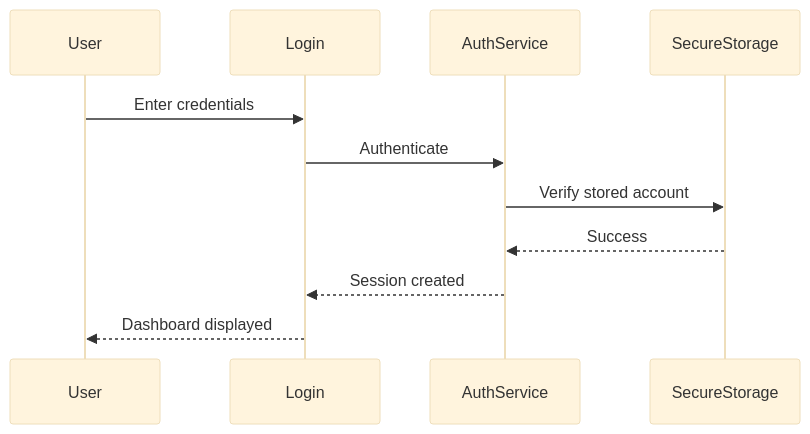
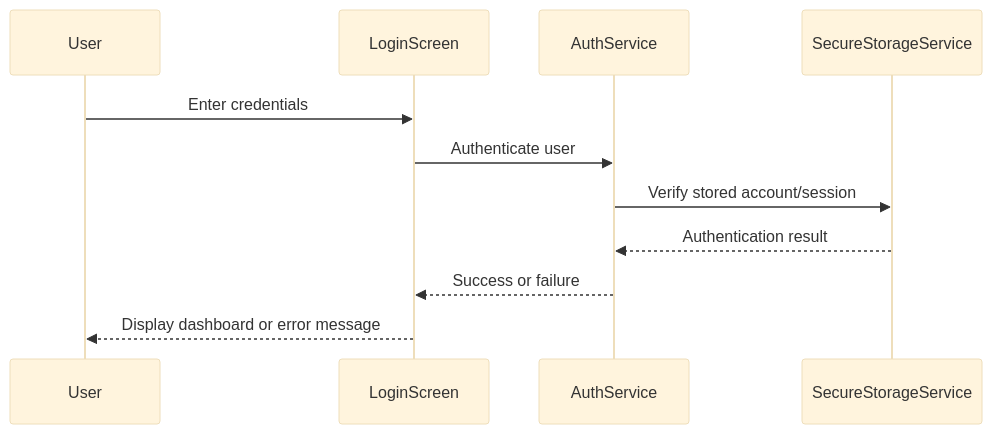
One commit to rxanderx/CSE-397-RxNOW changed the fourth of 8 diagrams in Teamwork/backEnd-visuals.md. Above: the diagram before and after it, drawn with Mermaid (base theme). The commit also changed other lines of this file, not shown here.

````diff
--- a/Teamwork/backEnd-visuals.md
+++ b/Teamwork/backEnd-visuals.md
@@ -241,23 +195,14 @@
 ```mermaid
 sequenceDiagram
+    participant User
+    participant LoginScreen
+    participant AuthService
+    participant SecureStorageService
 
-participant User
-
-participant Login
-
-participant AuthService
-
-participant SecureStorage
-
-User->>Login: Enter credentials
-
-Login->>AuthService: Authenticate
-
-AuthService->>SecureStorage: Verify stored account
-
-SecureStorage-->>AuthService: Success
-
-AuthService-->>Login: Session created
-
-Login-->>User: Dashboard displayed
+    User->>LoginScreen: Enter credentials
+    LoginScreen->>AuthService: Authenticate user
+    AuthService->>SecureStorageService: Verify stored account/session
+    SecureStorageService-->>AuthService: Authentication result
+    AuthService-->>LoginScreen: Success or failure
+    LoginScreen-->>User: Display dashboard or error message
 ```
````
